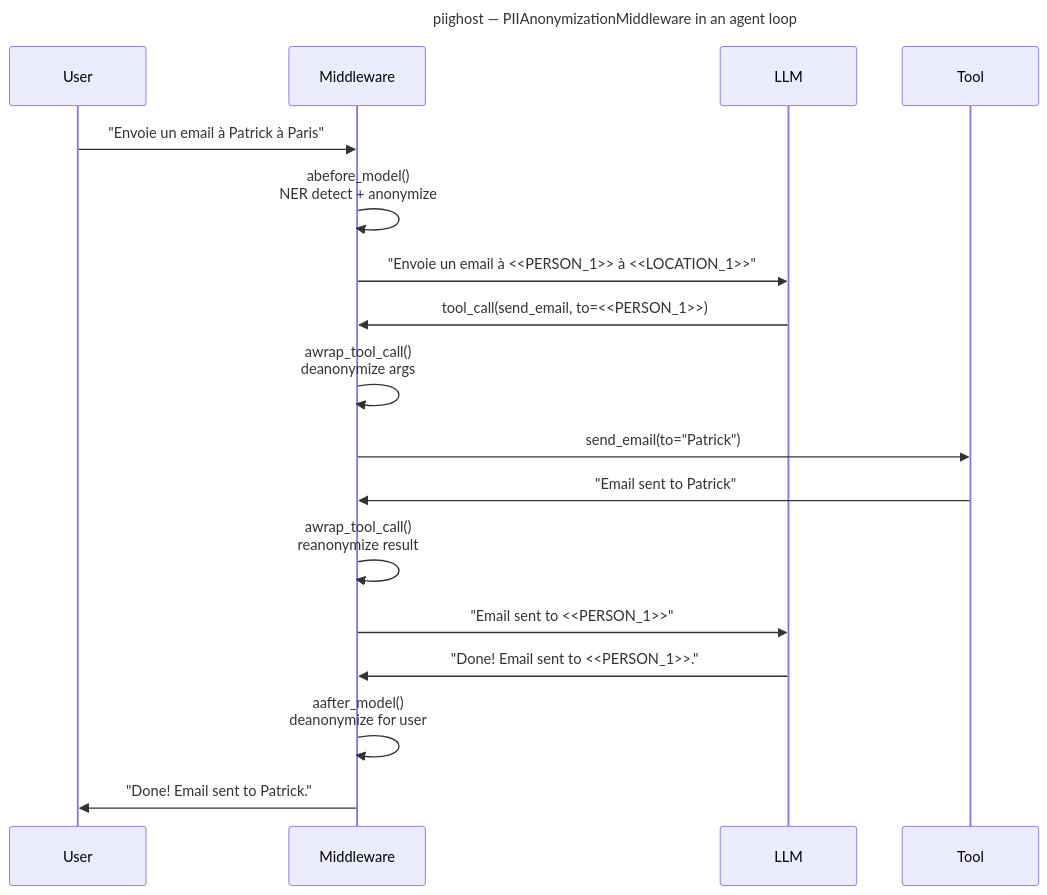
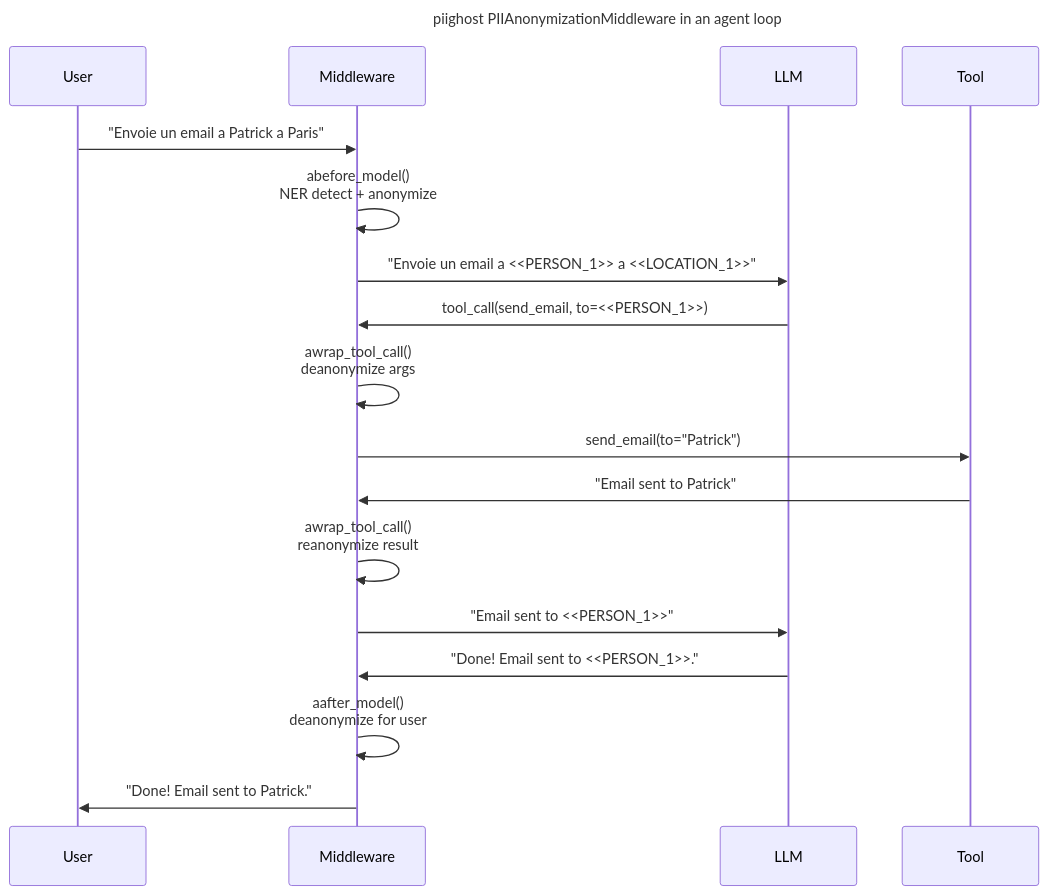
One commit to Athroniaeth/piighost changed the second of 2 diagrams in README.md. Above: the diagram before and after it, drawn with Mermaid. The commit also changed other lines of this file and 32 other files, not shown here.

Commit message:
docs: rewrite all documentation for new architecture

````diff
--- a/README.md
+++ b/README.md
@@ -186,23 +193,23 @@
 ```mermaid
 ---
-title: "piighost — PIIAnonymizationMiddleware in an agent loop"
+title: "piighost PIIAnonymizationMiddleware in an agent loop"
 ---
 sequenceDiagram
     participant U as User
     participant M as Middleware
     participant L as LLM
     participant T as Tool
 
-    U->>M: "Envoie un email à Patrick à Paris"
+    U->>M: "Envoie un email a Patrick a Paris"
     M->>M: abefore_model()<br/>NER detect + anonymize
-    M->>L: "Envoie un email à <<PERSON_1>> à <<LOCATION_1>>"
+    M->>L: "Envoie un email a <<PERSON_1>> a <<LOCATION_1>>"
     L->>M: tool_call(send_email, to=<<PERSON_1>>)
     M->>M: awrap_tool_call()<br/>deanonymize args
     M->>T: send_email(to="Patrick")
     T->>M: "Email sent to Patrick"
     M->>M: awrap_tool_call()<br/>reanonymize result
     M->>L: "Email sent to <<PERSON_1>>"
     L->>M: "Done! Email sent to <<PERSON_1>>."
     M->>M: aafter_model()<br/>deanonymize for user
     M->>U: "Done! Email sent to Patrick."
 ```
````
